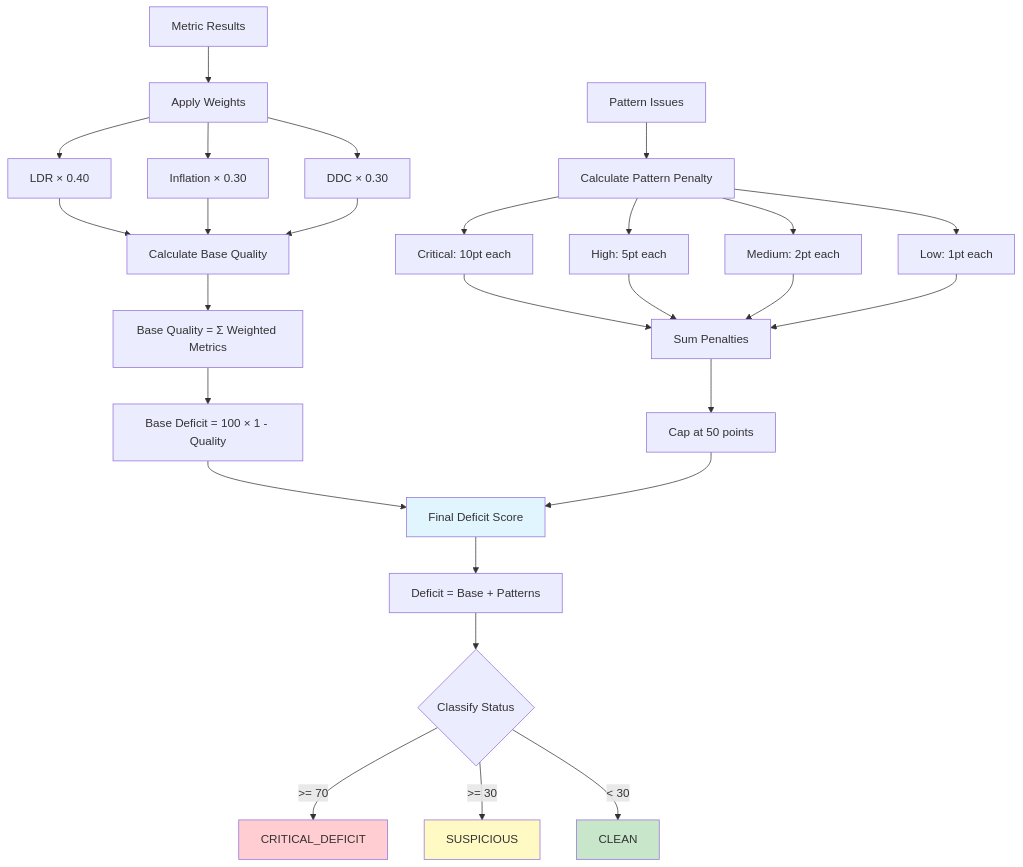
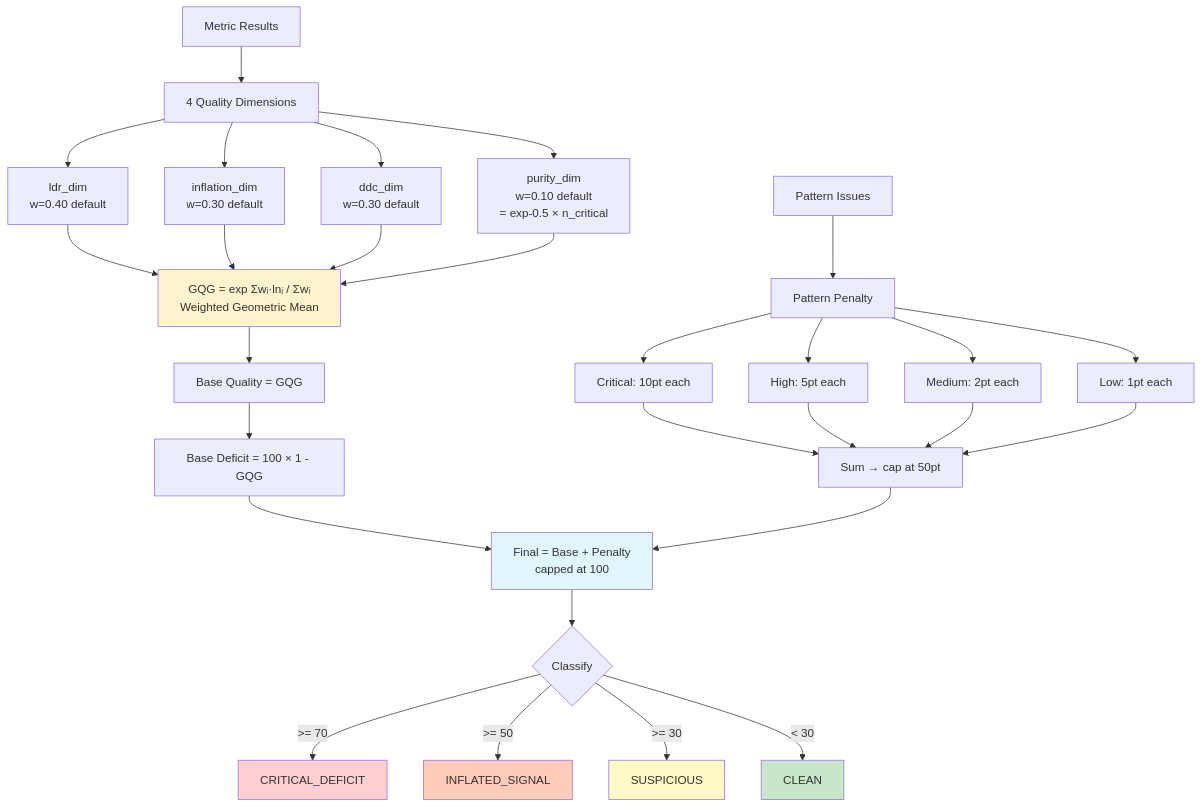
One commit to flamehaven01/AI-SLOP-Detector changed the sixth of 14 diagrams in docs/HOW_IT_WORKS.md. Above: the diagram before and after it, drawn with Mermaid. The commit also changed other lines of this file, not shown here.

First line of the commit message:
docs(how-it-works): update diagrams for v3.5.0

````diff
--- a/docs/HOW_IT_WORKS.md
+++ b/docs/HOW_IT_WORKS.md
@@ -223,43 +245,44 @@
 ```mermaid
 flowchart TD
-    A[Metric Results] --> B[Apply Weights]
-    
-    B --> C[LDR × 0.40]
-    B --> D[Inflation × 0.30]
-    B --> E[DDC × 0.30]
-    
-    C --> F[Calculate Base Quality]
+    A[Metric Results] --> B[4 Quality Dimensions]
+
+    B --> C[ldr_dim<br/>w=0.40 default]
+    B --> D[inflation_dim<br/>w=0.30 default]
+    B --> E[ddc_dim<br/>w=0.30 default]
+    B --> PUR[purity_dim<br/>w=0.10 default<br/>= exp-0.5 × n_critical]
+
+    C --> F[GQG = exp Σwᵢ·lnᵢ / Σwᵢ<br/>Weighted Geometric Mean]
     D --> F
     E --> F
-    
-    F --> G[Base Quality = Σ Weighted Metrics]
-    G --> H[Base Deficit = 100 × 1 - Quality]
-    
-    I[Pattern Issues] --> J[Calculate Pattern Penalty]
+    PUR --> F
+
+    F --> G[Base Quality = GQG]
+    G --> H[Base Deficit = 100 × 1 - GQG]
+
+    I[Pattern Issues] --> J[Pattern Penalty]
     J --> K[Critical: 10pt each]
     J --> L[High: 5pt each]
     J --> M[Medium: 2pt each]
     J --> N[Low: 1pt each]
-    
-    K --> O[Sum Penalties]
+
+    K --> O[Sum → cap at 50pt]
     L --> O
     M --> O
     N --> O
-    
-    O --> P[Cap at 50 points]
-    
-    H --> Q[Final Deficit Score]
-    P --> Q
-    
-    Q --> R[Deficit = Base + Patterns]
-    R --> S{Classify Status}
-    
+
+    H --> Q[Final = Base + Penalty<br/>capped at 100]
+    O --> Q
+
+    Q --> S{Classify}
     S -->|>= 70| T[CRITICAL_DEFICIT]
+    S -->|>= 50| TT[INFLATED_SIGNAL]
     S -->|>= 30| U[SUSPICIOUS]
     S -->|< 30| V[CLEAN]
-    
+
     style T fill:#ffcdd2
+    style TT fill:#ffccbc
     style U fill:#fff9c4
     style V fill:#c8e6c9
     style Q fill:#e1f5ff
+    style F fill:#fff3cd
 ```
````
